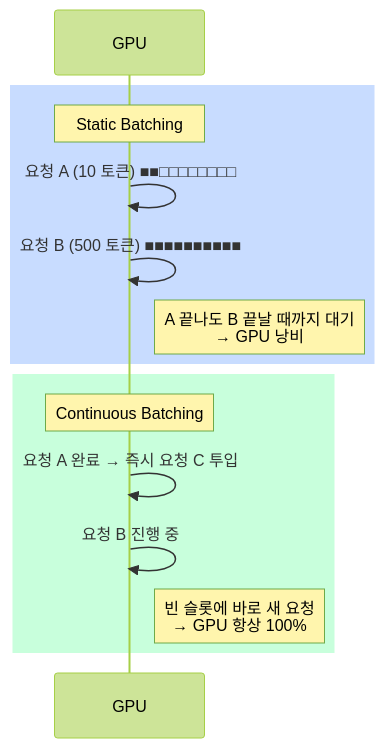
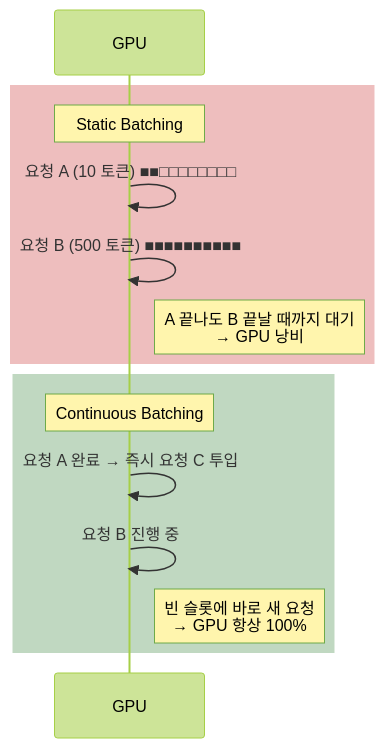
The fourth of 7 diagrams in ai/vLLM-GPU-위의-LLM은-누가-서빙하는가.md (sskim91/TIL), drawn with Mermaid (forest theme) before and after one commit. The commit also changed other lines of this file, not shown here.

First line of the commit message:
📝 Improve vLLM TIL diagram styles and transitions

````diff
--- a/ai/vLLM-GPU-위의-LLM은-누가-서빙하는가.md
+++ b/ai/vLLM-GPU-위의-LLM은-누가-서빙하는가.md
@@ -149,18 +154,18 @@
 ```mermaid
 sequenceDiagram
     participant GPU
 
-    rect rgb(200, 220, 255)
+    rect rgba(198, 40, 40, 0.3)
         Note over GPU: Static Batching
         GPU->>GPU: 요청 A (10 토큰) ■■□□□□□□□□
         GPU->>GPU: 요청 B (500 토큰) ■■■■■■■■■■
         Note right of GPU: A 끝나도 B 끝날 때까지 대기<br>→ GPU 낭비
     end
 
-    rect rgb(200, 255, 220)
+    rect rgba(46, 125, 50, 0.3)
         Note over GPU: Continuous Batching
         GPU->>GPU: 요청 A 완료 → 즉시 요청 C 투입
         GPU->>GPU: 요청 B 진행 중
         Note right of GPU: 빈 슬롯에 바로 새 요청<br>→ GPU 항상 100%
     end
 ```
````
